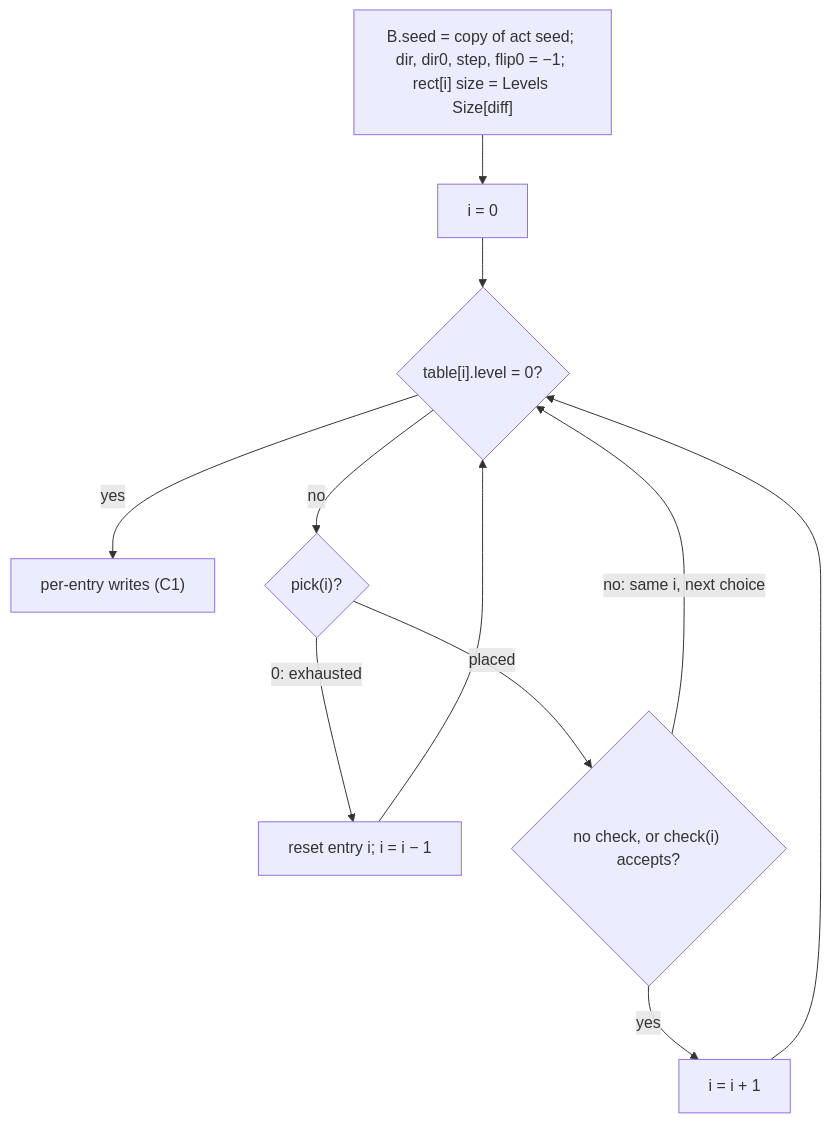
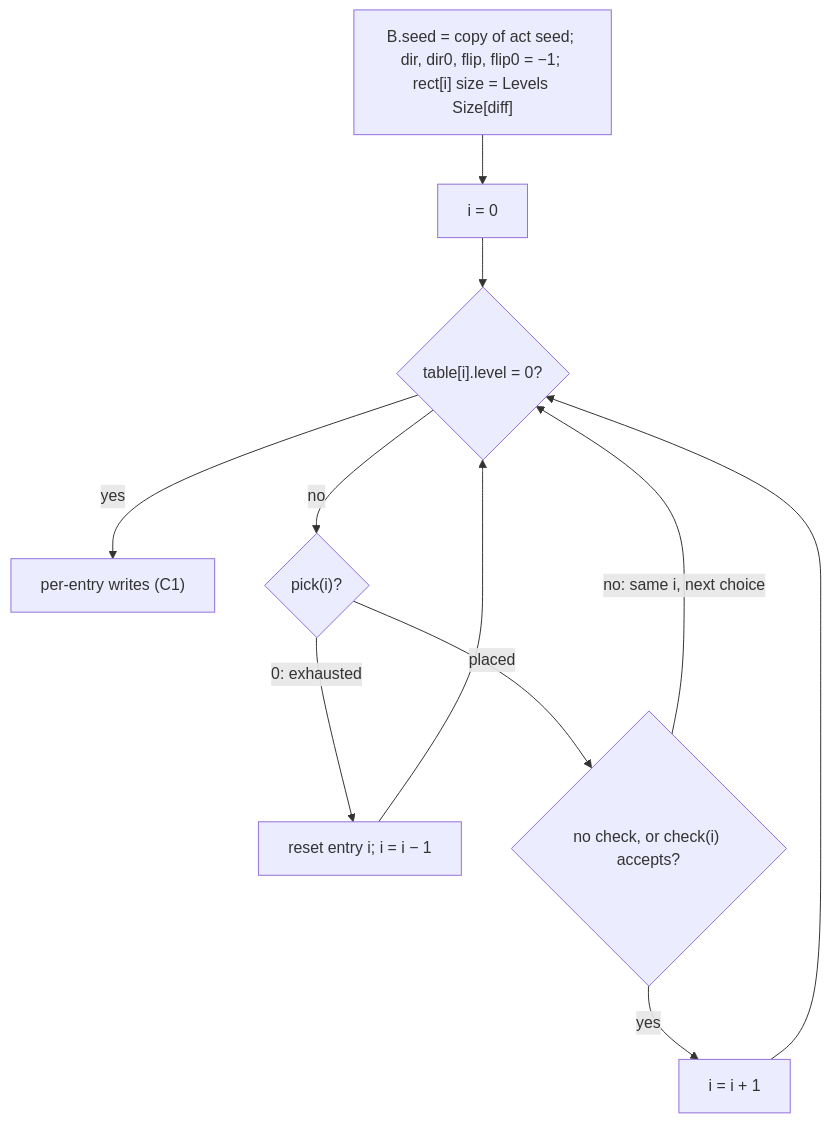
One commit to IgorKonovalov/diablo-2-recompilation changed the second of 3 diagrams in docs/specs/drlg/warps.md. Above: the diagram before and after it, drawn with Mermaid. The commit also changed other lines of this file and 3 other files, not shown here.

````diff
--- a/docs/specs/drlg/warps.md
+++ b/docs/specs/drlg/warps.md
@@ -142,13 +148,13 @@
 ```mermaid
 flowchart TD
-  s["B.seed = copy of act seed; dir, dir0, step, flip0 = −1; rect[i] size = Levels Size[diff]"] --> i0["i = 0"]
+  s["B.seed = copy of act seed; dir, dir0, flip, flip0 = −1; rect[i] size = Levels Size[diff]"] --> i0["i = 0"]
   i0 --> e{"table[i].level = 0?"}
   e -->|"yes"| post["per-entry writes (C1)"]
   e -->|"no"| p{"pick(i)?"}
   p -->|"0: exhausted"| rs["reset entry i; i = i − 1"]
   rs --> e
   p -->|"placed"| c{"no check, or check(i) accepts?"}
   c -->|"yes"| inc["i = i + 1"]
   inc --> e
   c -->|"no: same i, next choice"| e
 ```
````
